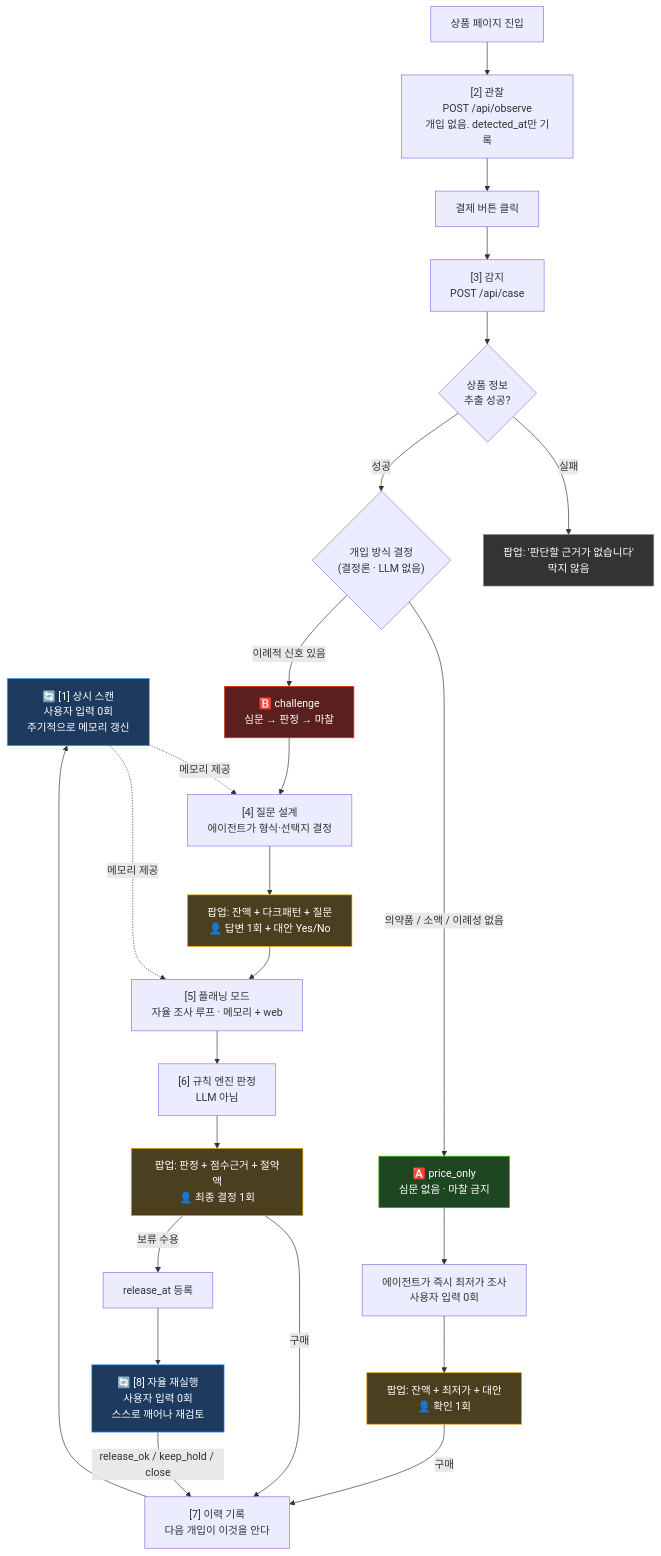
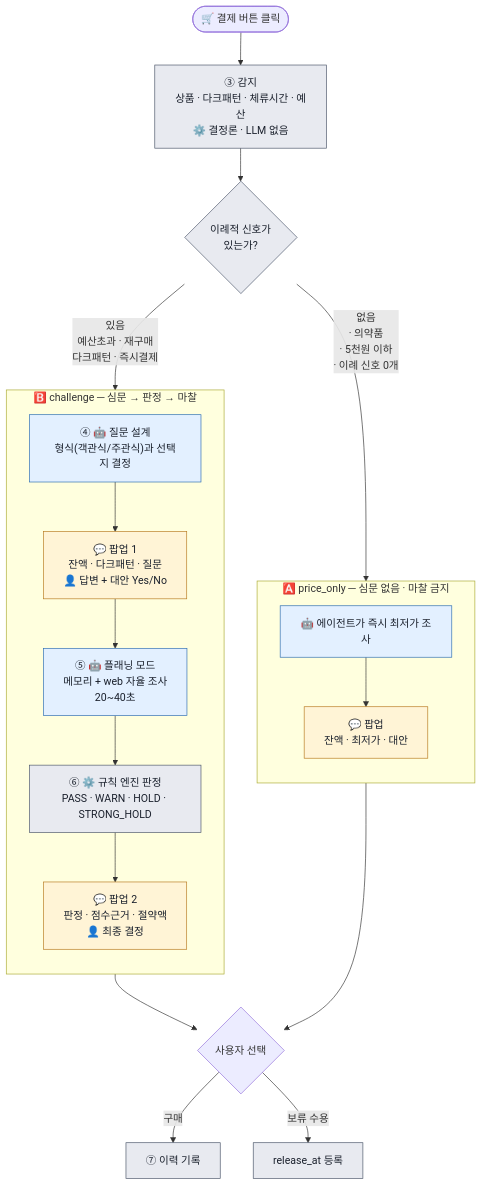
The first of 6 diagrams in WORKFLOW.md (lian842/ifelifplus), drawn with Mermaid before and after one commit. The commit also changed other lines of this file, not shown here.

````diff
--- a/WORKFLOW.md
+++ b/WORKFLOW.md
@@ -10,41 +29,34 @@
 ```mermaid
-flowchart TD
-    P["🔄 [1] 상시 스캔<br/>사용자 입력 0회<br/>주기적으로 메모리 갱신"]:::auto
+flowchart TB
+    START(["🛒 결제 버튼 클릭"]) --> D
 
-    A["상품 페이지 진입"] --> B["[2] 관찰<br/>POST /api/observe<br/>개입 없음. detected_at만 기록"]
-    B --> C["결제 버튼 클릭"]
-    C --> D["[3] 감지<br/>POST /api/case"]
+    D["③ 감지<br/>상품 · 다크패턴 · 체류시간 · 예산<br/>⚙️ 결정론 · LLM 없음"]:::rule
+    D --> M{"이례적 신호가<br/>있는가?"}:::rule
 
-    D --> D1{"상품 정보<br/>추출 성공?"}
-    D1 -->|실패| X["팝업: '판단할 근거가 없습니다'<br/>막지 않음"]:::pass
+    M -->|"없음<br/>· 의약품<br/>· 5천원 이하<br/>· 이례 신호 0개"| A1
+    M -->|"있음<br/>예산초과 · 재구매<br/>다크패턴 · 즉시결제"| B1
 
-    D1 -->|성공| E{"개입 방식 결정<br/>(결정론 · LLM 없음)"}
+    subgraph A["🅰️ price_only ─ 심문 없음 · 마찰 금지"]
+        direction TB
+        A1["🤖 에이전트가 즉시 최저가 조사"]:::agent
+        A1 --> A2["💬 팝업<br/>잔액 · 최저가 · 대안"]:::ui
+    end
 
-    E -->|"의약품 / 소액 / 이례성 없음"| F["🅰️ price_only<br/>심문 없음 · 마찰 금지"]:::light
-    E -->|"이례적 신호 있음"| G["🅱️ challenge<br/>심문 → 판정 → 마찰"]:::heavy
+    subgraph B["🅱️ challenge ─ 심문 → 판정 → 마찰"]
+        direction TB
+        B1["④ 🤖 질문 설계<br/>형식(객관식/주관식)과 선택지 결정"]:::agent
+        B1 --> B2["💬 팝업 1<br/>잔액 · 다크패턴 · 질문<br/>👤 답변 + 대안 Yes/No"]:::ui
+        B2 --> B3["⑤ 🤖 플래닝 모드<br/>메모리 + web 자율 조사<br/>20~40초"]:::agent
+        B3 --> B4["⑥ ⚙️ 규칙 엔진 판정<br/>PASS · WARN · HOLD · STRONG_HOLD"]:::rule
+        B4 --> B5["💬 팝업 2<br/>판정 · 점수근거 · 절약액<br/>👤 최종 결정"]:::ui
+    end
 
-    F --> F1["에이전트가 즉시 최저가 조사<br/>사용자 입력 0회"]
-    F1 --> F2["팝업: 잔액 + 최저가 + 대안<br/>👤 확인 1회"]:::ui
+    A2 --> F{"사용자 선택"}
+    B5 --> F
+    F -->|"구매"| REC["⑦ 이력 기록"]:::rule
+    F -->|"보류 수용"| HOLD["release_at 등록"]:::rule
 
-    G --> G1["[4] 질문 설계<br/>에이전트가 형식·선택지 결정"]
-    G1 --> G2["팝업: 잔액 + 다크패턴 + 질문<br/>👤 답변 1회 + 대안 Yes/No"]:::ui
-    G2 --> G3["[5] 플래닝 모드<br/>자율 조사 루프 · 메모리 + web"]
-    G3 --> G4["[6] 규칙 엔진 판정<br/>LLM 아님"]
-    G4 --> G5["팝업: 판정 + 점수근거 + 절약액<br/>👤 최종 결정 1회"]:::ui
-
-    G5 -->|"구매"| H["[7] 이력 기록<br/>다음 개입이 이것을 안다"]
-    F2 -->|"구매"| H
-    G5 -->|"보류 수용"| I["release_at 등록"]
-    I --> J["🔄 [8] 자율 재실행<br/>사용자 입력 0회<br/>스스로 깨어나 재검토"]:::auto
-    J -->|"release_ok / keep_hold / close"| H
-
-    H --> P
-    P -.->|"메모리 제공"| G1
-    P -.->|"메모리 제공"| G3
-
-    classDef auto fill:#1e3a5f,stroke:#4a9eff,color:#fff
-    classDef light fill:#1e4620,stroke:#38b000,color:#fff
-    classDef heavy fill:#5c1f1f,stroke:#e8380d,color:#fff
-    classDef ui fill:#4a3f1e,stroke:#f0a500,color:#fff
-    classDef pass fill:#333,stroke:#888,color:#fff
+    classDef rule fill:#e8eaf0,stroke:#4a5568,color:#1a202c
+    classDef agent fill:#e3f0ff,stroke:#2b6cb0,color:#1a202c
+    classDef ui fill:#fff4d6,stroke:#b7791f,color:#1a202c
 ```
````
